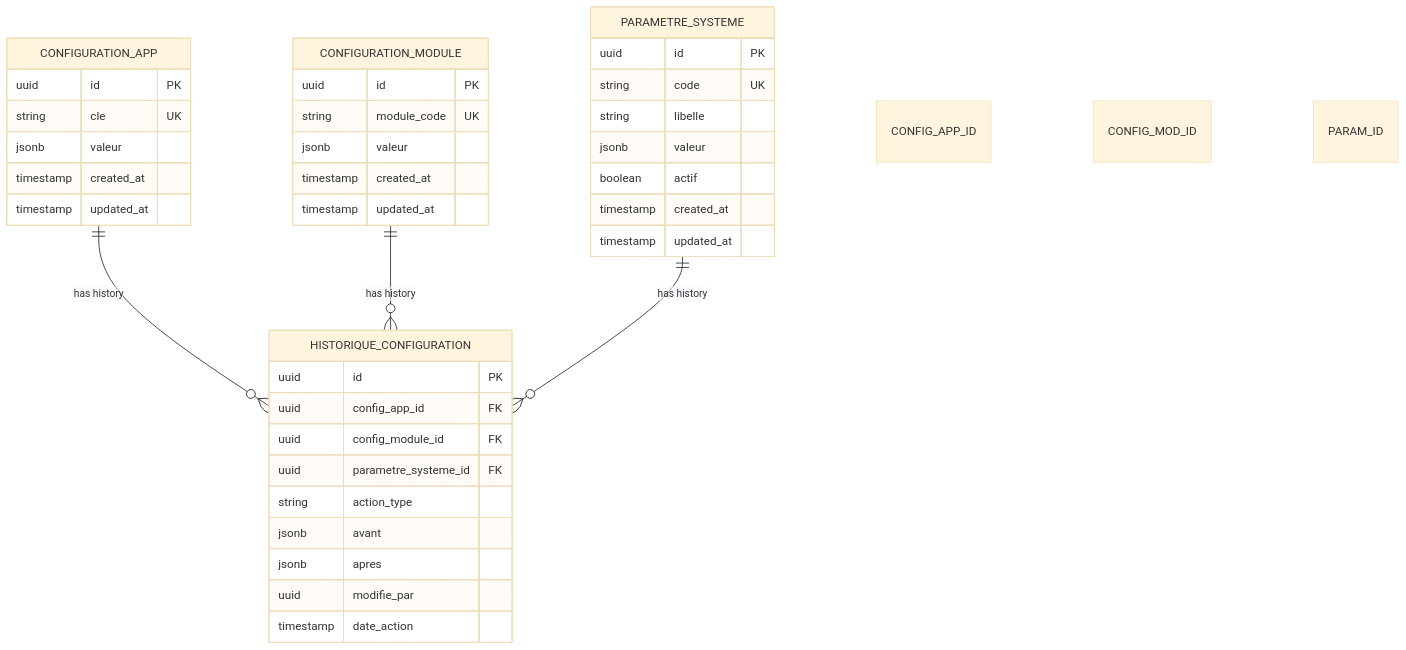
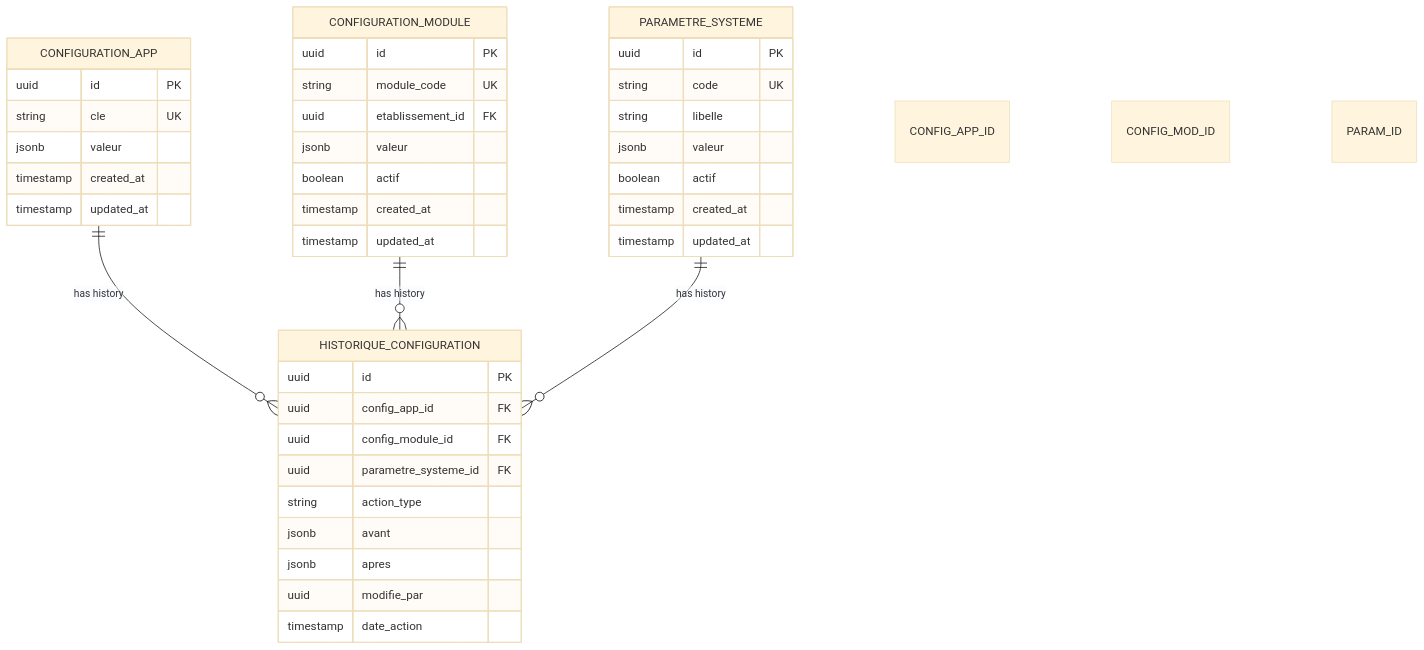
One commit to franckylab/eLISAschool changed the third of 11 diagrams in .qoder/repowiki/en/content/Modules & Features/Administrative Modules/Institutional Configuration.md. Above: the diagram before and after it, drawn with Mermaid (base theme). The commit also changed other lines of this file and 236 other files, not shown here.

````diff
--- a/.qoder/repowiki/en/content/Modules & Features/Administrative Modules/Institutional Configuration.md
+++ b/.qoder/repowiki/en/content/Modules & Features/Administrative Modules/Institutional Configuration.md
@@ -214,43 +239,45 @@
 ```mermaid
 erDiagram
 CONFIGURATION_APP {
 uuid id PK
 string cle UK
 jsonb valeur
 timestamp created_at
 timestamp updated_at
 }
 CONFIGURATION_MODULE {
 uuid id PK
 string module_code UK
+uuid etablissement_id FK
 jsonb valeur
+boolean actif
 timestamp created_at
 timestamp updated_at
 }
 PARAMETRE_SYSTEME {
 uuid id PK
 string code UK
 string libelle
 jsonb valeur
 boolean actif
 timestamp created_at
 timestamp updated_at
 }
 HISTORIQUE_CONFIGURATION {
 uuid id PK
 uuid config_app_id FK
 uuid config_module_id FK
 uuid parametre_systeme_id FK
 string action_type
 jsonb avant
 jsonb apres
 uuid modifie_par
 timestamp date_action
 }
 CONFIG_APP_ID["CONFIG_APP_ID"]
 CONFIG_MOD_ID["CONFIG_MOD_ID"]
 PARAM_ID["PARAM_ID"]
 CONFIGURATION_APP ||--o{ HISTORIQUE_CONFIGURATION : "has history"
 CONFIGURATION_MODULE ||--o{ HISTORIQUE_CONFIGURATION : "has history"
 PARAMETRE_SYSTEME ||--o{ HISTORIQUE_CONFIGURATION : "has history"
 ```
````
